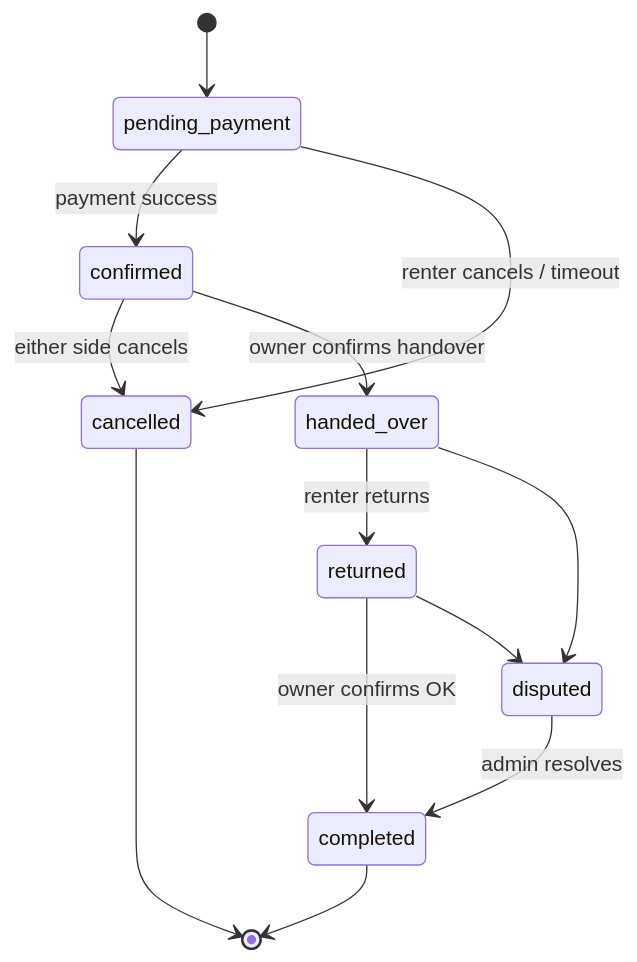
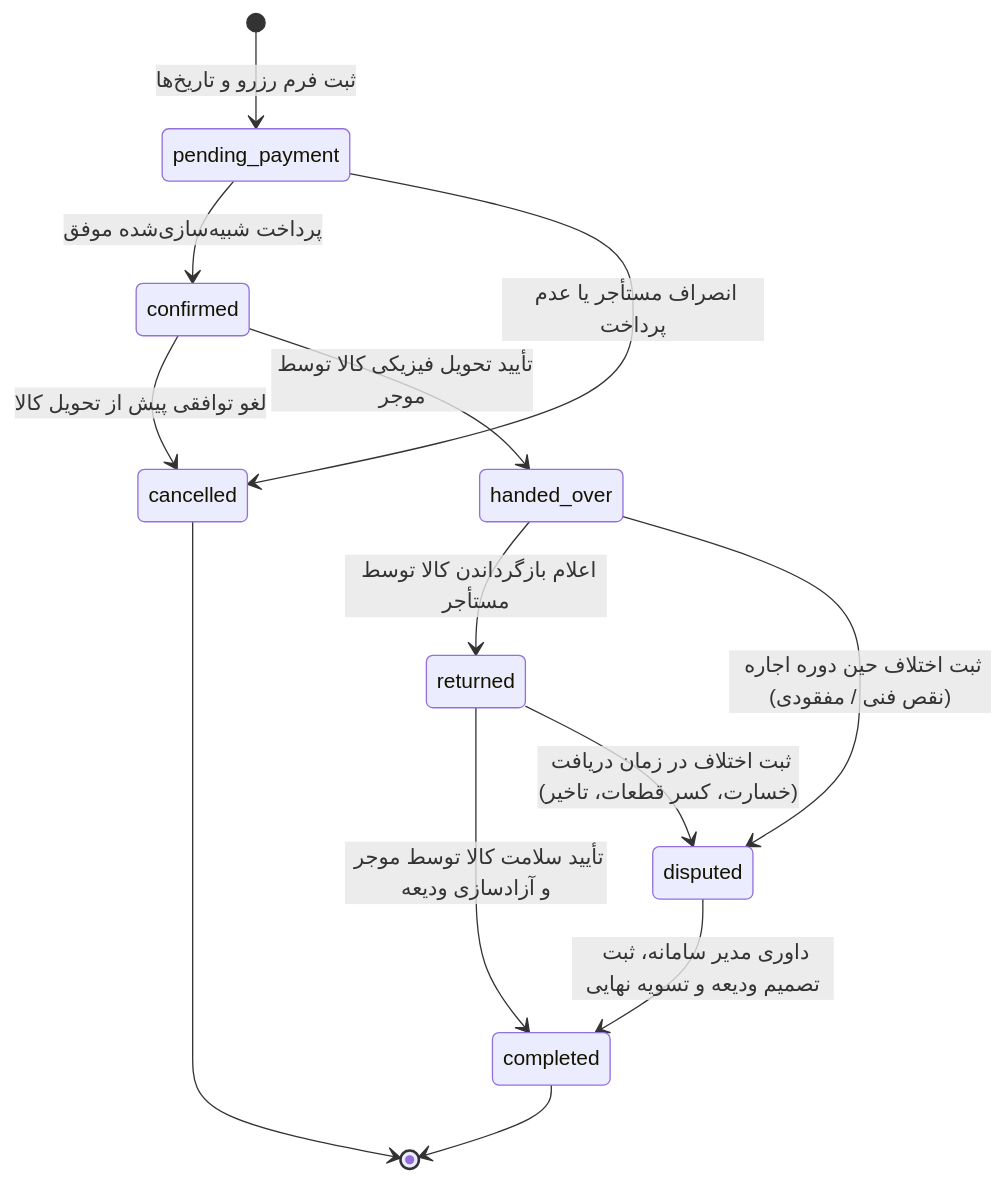
The second of 4 diagrams in docs/PROCESSES.md (amirBazargani/Amantyab), drawn with Mermaid before and after one commit. The commit also changed other lines of this file and 1 other file, not shown here.

Commit message:
docs: add process diagrams and process descriptions

````diff
--- a/docs/PROCESSES.md
+++ b/docs/PROCESSES.md
@@ -27,15 +54,21 @@
 ```mermaid
 stateDiagram-v2
-  [*] --> pending_payment
-  pending_payment --> confirmed: payment success
-  pending_payment --> cancelled: renter cancels / timeout
-  confirmed --> cancelled: either side cancels
-  confirmed --> handed_over: owner confirms handover
-  handed_over --> returned: renter returns
-  returned --> completed: owner confirms OK
-  handed_over --> disputed
-  returned --> disputed
-  disputed --> completed: admin resolves
+  [*] --> pending_payment: ثبت فرم رزرو و تاریخ‌ها
+  
+  pending_payment --> confirmed: پرداخت شبیه‌سازی‌شده موفق
+  pending_payment --> cancelled: انصراف مستأجر یا عدم پرداخت
+  
+  confirmed --> cancelled: لغو توافقی پیش از تحویل کالا
+  confirmed --> handed_over: تأیید تحویل فیزیکی کالا توسط موجر
+  
+  handed_over --> returned: اعلام بازگرداندن کالا توسط مستأجر
+  handed_over --> disputed: ثبت اختلاف حین دوره اجاره (نقص فنی / مفقودی)
+  
+  returned --> completed: تأیید سلامت کالا توسط موجر و آزادسازی ودیعه
+  returned --> disputed: ثبت اختلاف در زمان دریافت (خسارت، کسر قطعات، تاخیر)
+  
+  disputed --> completed: داوری مدیر سامانه، ثبت تصمیم ودیعه و تسویه نهایی
+  
   completed --> [*]
   cancelled --> [*]
 ```
````
